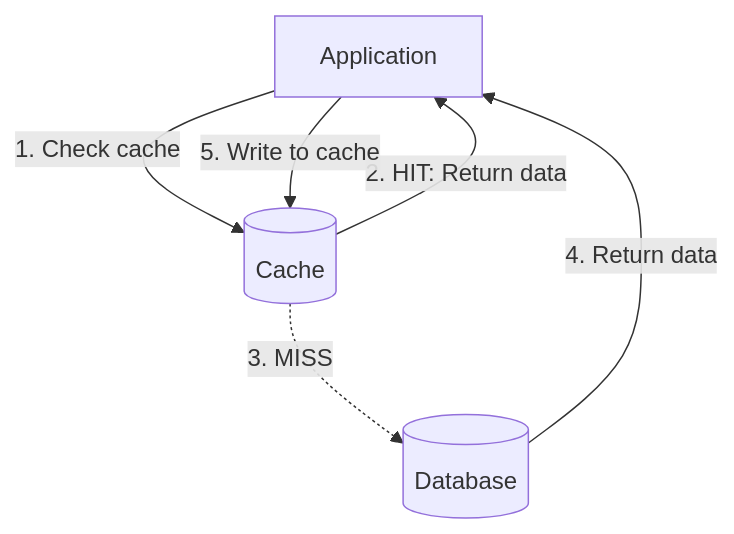
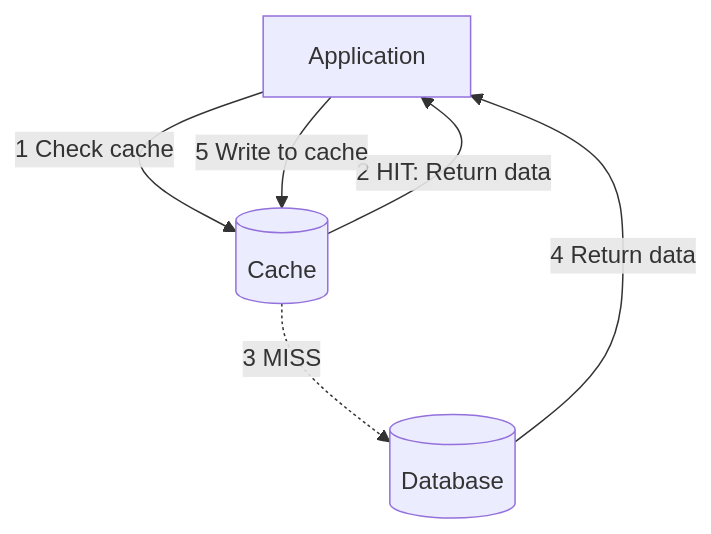
One commit to calmrocks/system-design-dive-deep changed the third of 9 diagrams in SystemDesign/SystemDesign/Sessions/Cache/Cache.md. Above: the diagram before and after it, drawn with Mermaid. The commit also changed other lines of this file, not shown here.

````diff
--- a/SystemDesign/SystemDesign/Sessions/Cache/Cache.md
+++ b/SystemDesign/SystemDesign/Sessions/Cache/Cache.md
@@ -207,12 +207,12 @@
 ```mermaid
 flowchart TB
     App["Application"]
     Cache[("Cache")]
     DB[("Database")]
     
-    App -->|"1. Check cache"| Cache
-    Cache -->|"2. HIT: Return data"| App
-    Cache -.->|"3. MISS"| DB
-    DB -->|"4. Return data"| App
-    App -->|"5. Write to cache"| Cache
+    App -->|"1 Check cache"| Cache
+    Cache -->|"2 HIT: Return data"| App
+    Cache -.->|"3 MISS"| DB
+    DB -->|"4 Return data"| App
+    App -->|"5 Write to cache"| Cache
 ```
````
